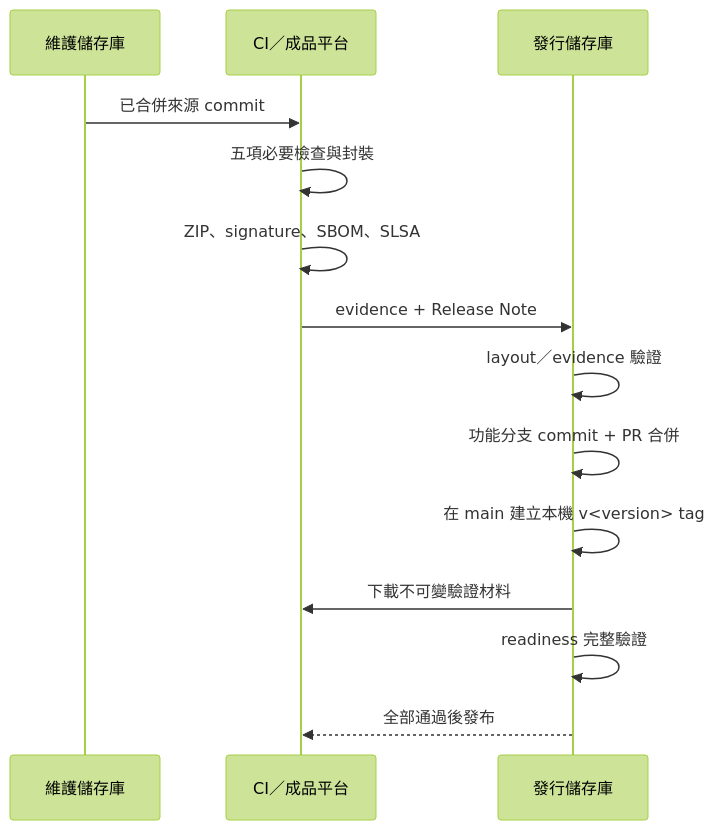
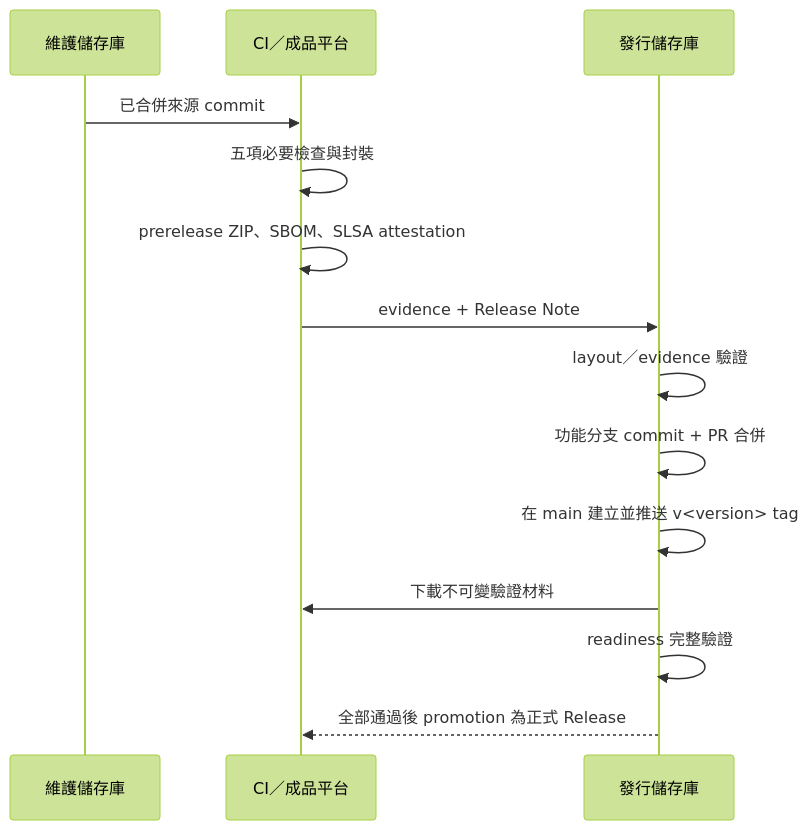
Before and after one commit to JiaChangGit/ai_dev_platform-release: the second of 2 diagrams in README.md, drawn with Mermaid (forest theme). The commit also changed other lines of this file and 9 other files, not shown here.

````diff
--- a/README.md
+++ b/README.md
@@ -54,16 +54,16 @@
 ```mermaid
 sequenceDiagram
     participant S as 維護儲存庫
     participant C as CI／成品平台
     participant R as 發行儲存庫
     S->>C: 已合併來源 commit
     C->>C: 五項必要檢查與封裝
-    C->>C: ZIP、signature、SBOM、SLSA
+    C->>C: prerelease ZIP、SBOM、SLSA attestation
     C->>R: evidence + Release Note
     R->>R: layout／evidence 驗證
     R->>R: 功能分支 commit + PR 合併
-    R->>R: 在 main 建立本機 v<version> tag
+    R->>R: 在 main 建立並推送 v<version> tag
     R->>C: 下載不可變驗證材料
     R->>R: readiness 完整驗證
-    R-->>C: 全部通過後發布
+    R-->>C: 全部通過後 promotion 為正式 Release
 ```
````
